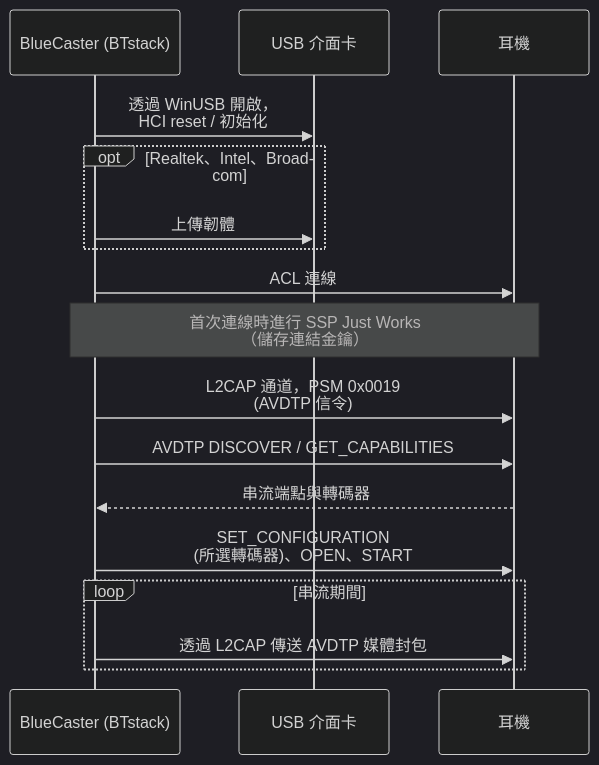
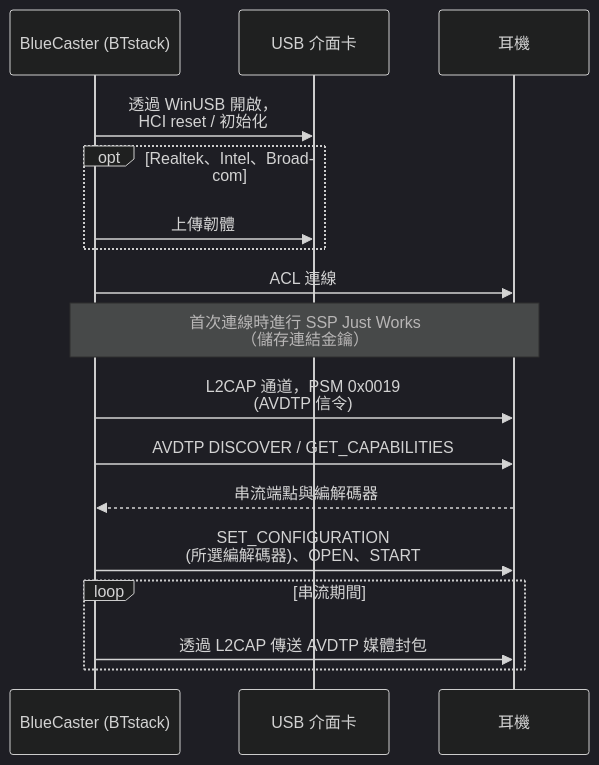
One commit to RxMaxx/A2DP-Windows-Bridge changed the second of 5 diagrams in docs/zh-TW/architecture.md. Above: the diagram before and after it, drawn with Mermaid (dark theme). The commit also changed other lines of this file and 105 other files, not shown here.

````diff
--- a/docs/zh-TW/architecture.md
+++ b/docs/zh-TW/architecture.md
@@ -105,19 +89,19 @@
 ```mermaid
 sequenceDiagram
     participant App as BlueCaster (BTstack)
     participant Ad as USB 介面卡
     participant Sink as 耳機
     App->>Ad: 透過 WinUSB 開啟，<br>HCI reset / 初始化
     opt Realtek、Intel、Broadcom
         App->>Ad: 上傳韌體
     end
     App->>Sink: ACL 連線
     Note over App,Sink: 首次連線時進行 SSP Just Works<br>（儲存連結金鑰）
     App->>Sink: L2CAP 通道，PSM 0x0019<br>(AVDTP 信令)
     App->>Sink: AVDTP DISCOVER / GET_CAPABILITIES
-    Sink-->>App: 串流端點與轉碼器
-    App->>Sink: SET_CONFIGURATION<br>(所選轉碼器)、OPEN、START
+    Sink-->>App: 串流端點與編解碼器
+    App->>Sink: SET_CONFIGURATION<br>(所選編解碼器)、OPEN、START
     loop 串流期間
         App->>Sink: 透過 L2CAP 傳送 AVDTP 媒體封包
     end
 ```
````
